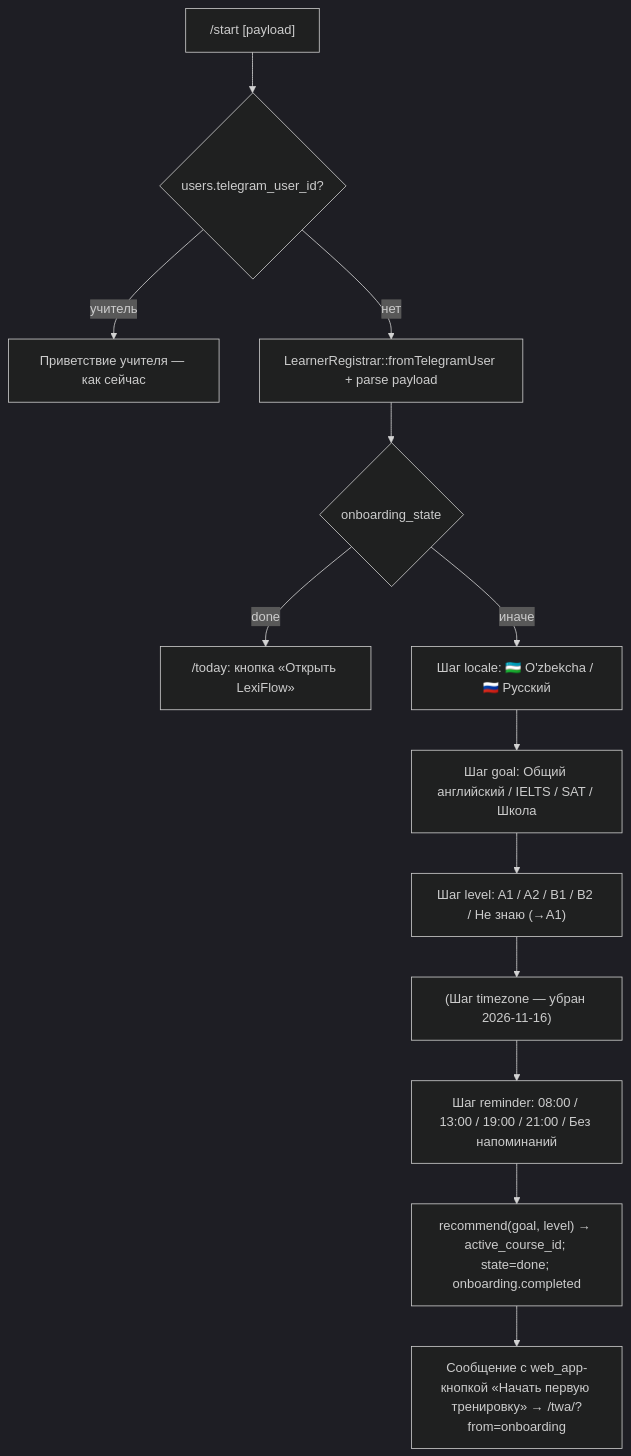
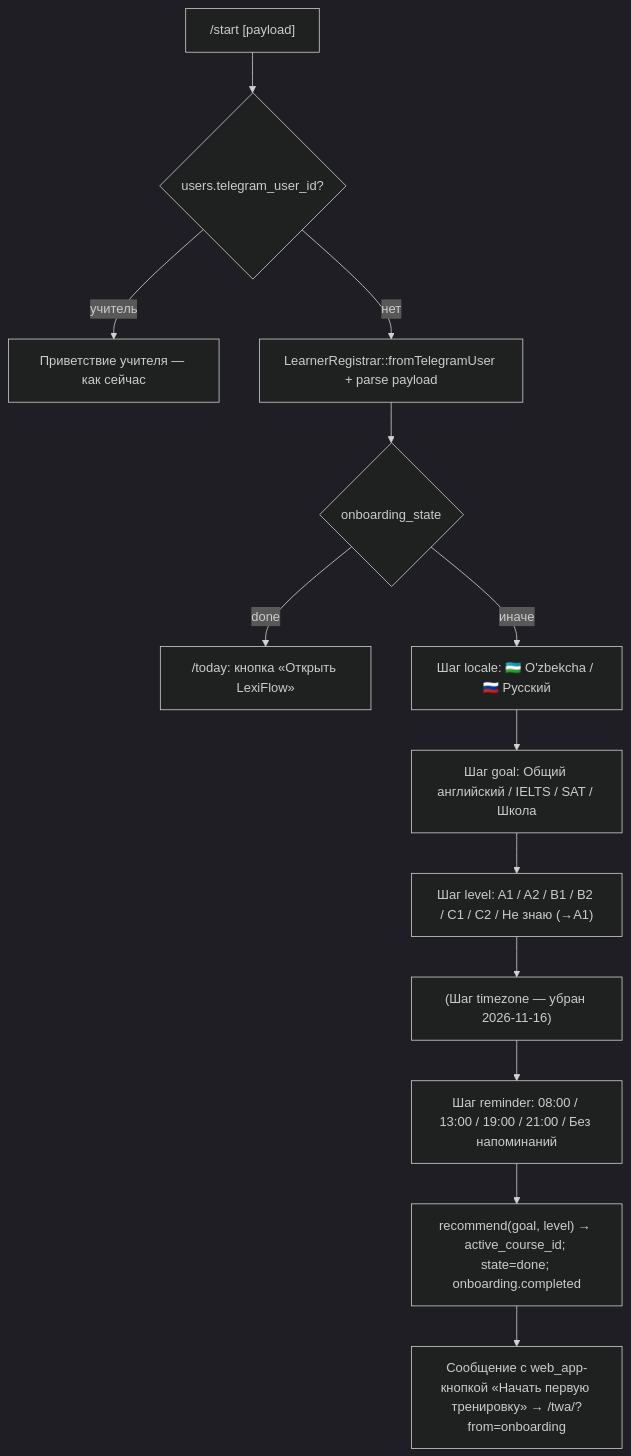
The third of 3 diagrams in docs/12_PHASE1_DESIGN.md (AsadbekRahimov/flash-cards), drawn with Mermaid (dark theme) before and after one commit. The commit also changed 7 other files, not shown here.

````diff
--- a/docs/12_PHASE1_DESIGN.md
+++ b/docs/12_PHASE1_DESIGN.md
@@ -839,15 +839,15 @@
 ```mermaid
 flowchart TD
     A["/start [payload]"] --> B{users.telegram_user_id?}
     B -- учитель --> T[Приветствие учителя — как сейчас]
     B -- нет --> C[LearnerRegistrar::fromTelegramUser + parse payload]
     C --> D{onboarding_state}
     D -- done --> H["/today: кнопка «Открыть LexiFlow»"]
     D -- иначе --> E["Шаг locale: 🇺🇿 O'zbekcha / 🇷🇺 Русский"]
     E --> F["Шаг goal: Общий английский / IELTS / SAT / Школа"]
-    F --> G["Шаг level: A1 / A2 / B1 / B2 / Не знаю (→A1)"]
+    F --> G["Шаг level: A1 / A2 / B1 / B2 / C1 / C2 / Не знаю (→A1)"]
     G --> I["(Шаг timezone — убран 2026-11-16)"]
     I --> J["Шаг reminder: 08:00 / 13:00 / 19:00 / 21:00 / Без напоминаний"]
     J --> K["recommend(goal, level) → active_course_id; state=done; onboarding.completed"]
     K --> L["Сообщение с web_app-кнопкой «Начать первую тренировку» → /twa/?from=onboarding"]
 ```
````
